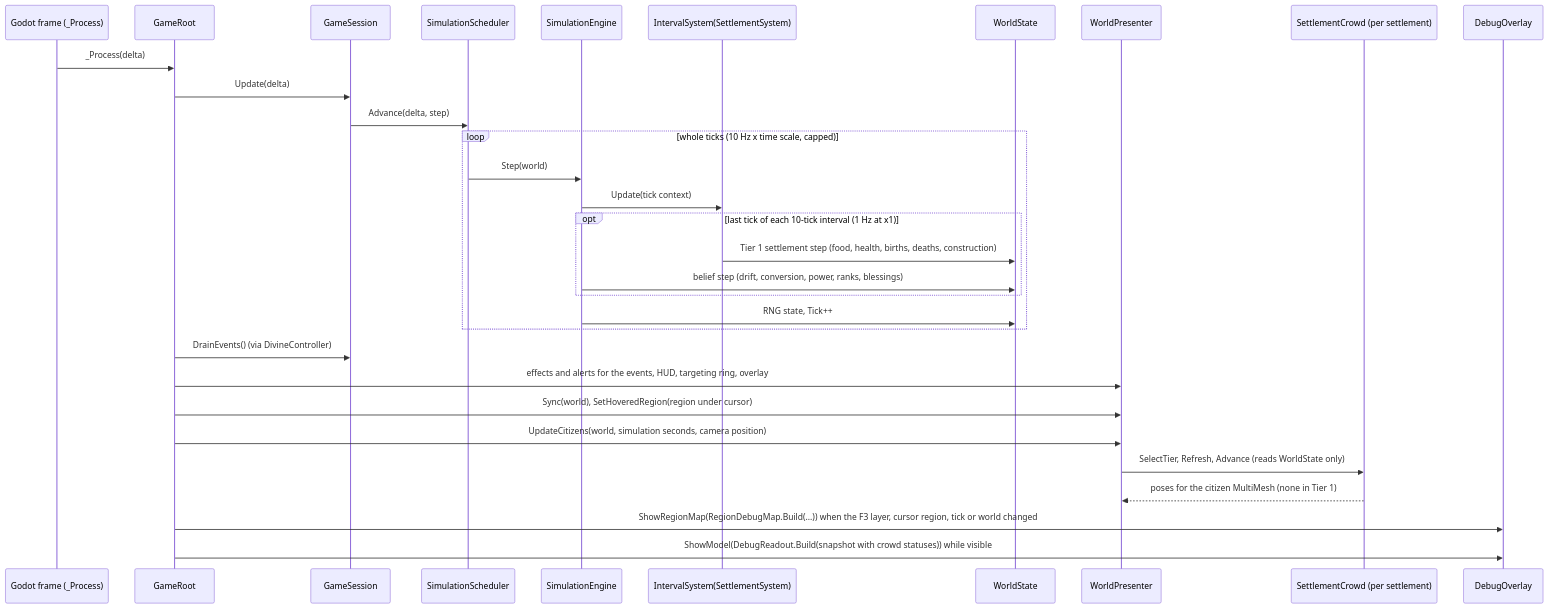
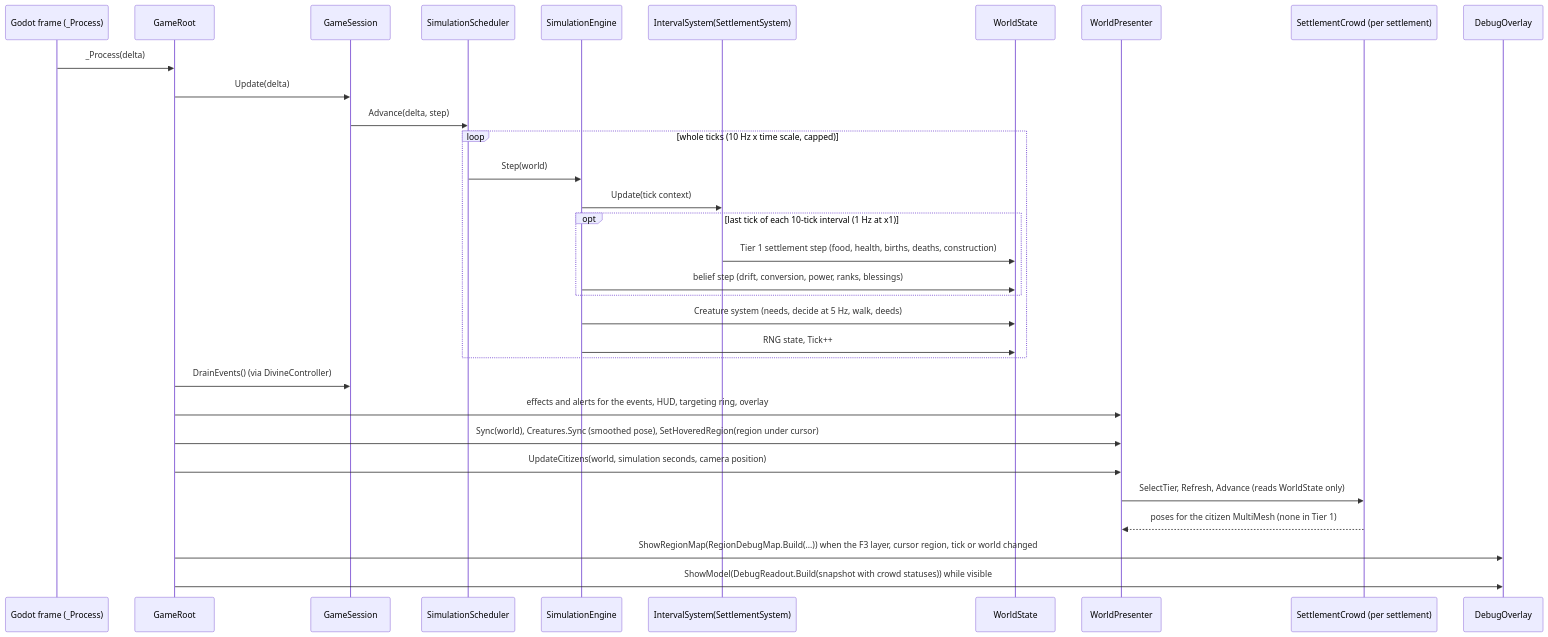
Before and after one commit to roeyazroel/pantheon: the second of 9 diagrams in docs/ARCHITECTURE.md, drawn with Mermaid. The commit also changed other lines of this file and 90 other files, not shown here.

````diff
--- a/docs/ARCHITECTURE.md
+++ b/docs/ARCHITECTURE.md
@@ -281,34 +306,35 @@
 ```mermaid
 sequenceDiagram
     participant Godot as Godot frame (_Process)
     participant Root as GameRoot
     participant Session as GameSession
     participant Sched as SimulationScheduler
     participant Engine as SimulationEngine
     participant Settle as IntervalSystem(SettlementSystem)
     participant State as WorldState
     participant View as WorldPresenter
     participant Crowd as SettlementCrowd (per settlement)
     participant Overlay as DebugOverlay
 
     Godot->>Root: _Process(delta)
     Root->>Session: Update(delta)
     Session->>Sched: Advance(delta, step)
     loop whole ticks (10 Hz x time scale, capped)
         Sched->>Engine: Step(world)
         Engine->>Settle: Update(tick context)
         opt last tick of each 10-tick interval (1 Hz at x1)
             Settle->>State: Tier 1 settlement step (food, health, births, deaths, construction)
             Engine->>State: belief step (drift, conversion, power, ranks, blessings)
         end
+        Engine->>State: Creature system (needs, decide at 5 Hz, walk, deeds)
         Engine->>State: RNG state, Tick++
     end
     Root->>Session: DrainEvents() (via DivineController)
     Root->>View: effects and alerts for the events, HUD, targeting ring, overlay
-    Root->>View: Sync(world), SetHoveredRegion(region under cursor)
+    Root->>View: Sync(world), Creatures.Sync (smoothed pose), SetHoveredRegion(region under cursor)
     Root->>View: UpdateCitizens(world, simulation seconds, camera position)
     View->>Crowd: SelectTier, Refresh, Advance (reads WorldState only)
     Crowd-->>View: poses for the citizen MultiMesh (none in Tier 1)
     Root->>Overlay: ShowRegionMap(RegionDebugMap.Build(...)) when the F3 layer, cursor region, tick or world changed
     Root->>Overlay: ShowModel(DebugReadout.Build(snapshot with crowd statuses)) while visible
 ```
````
